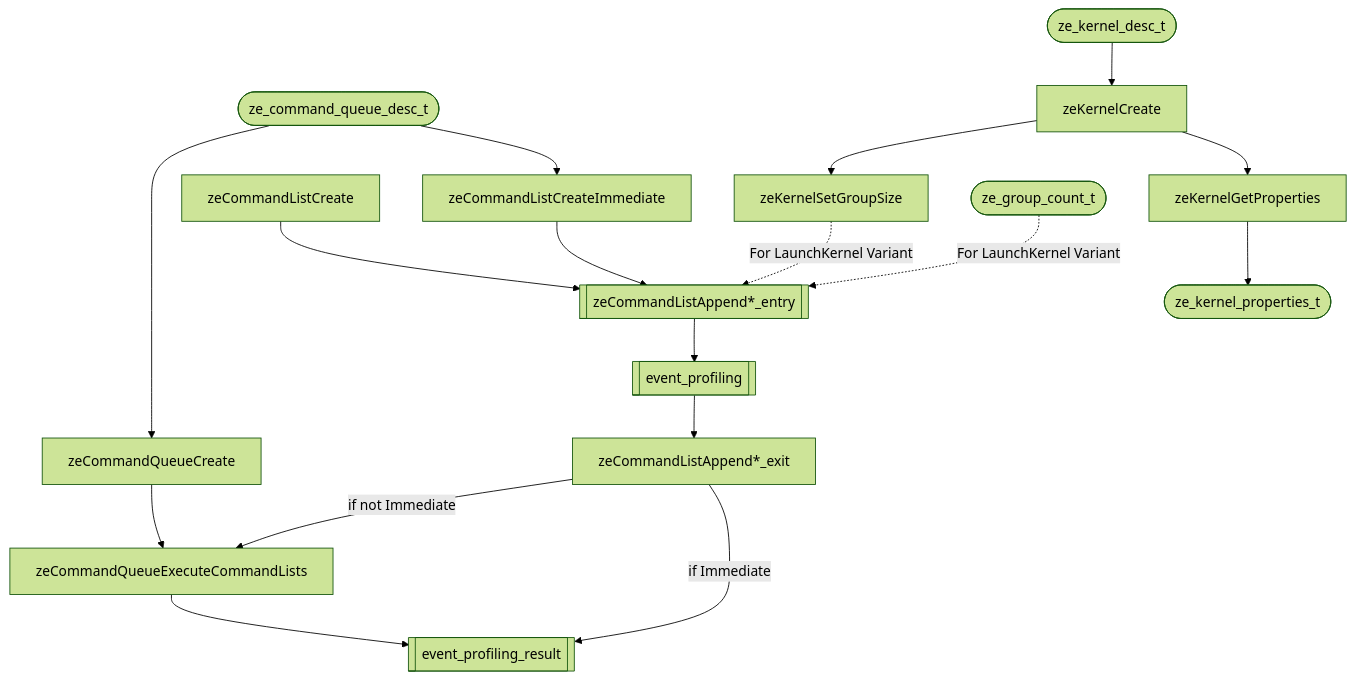
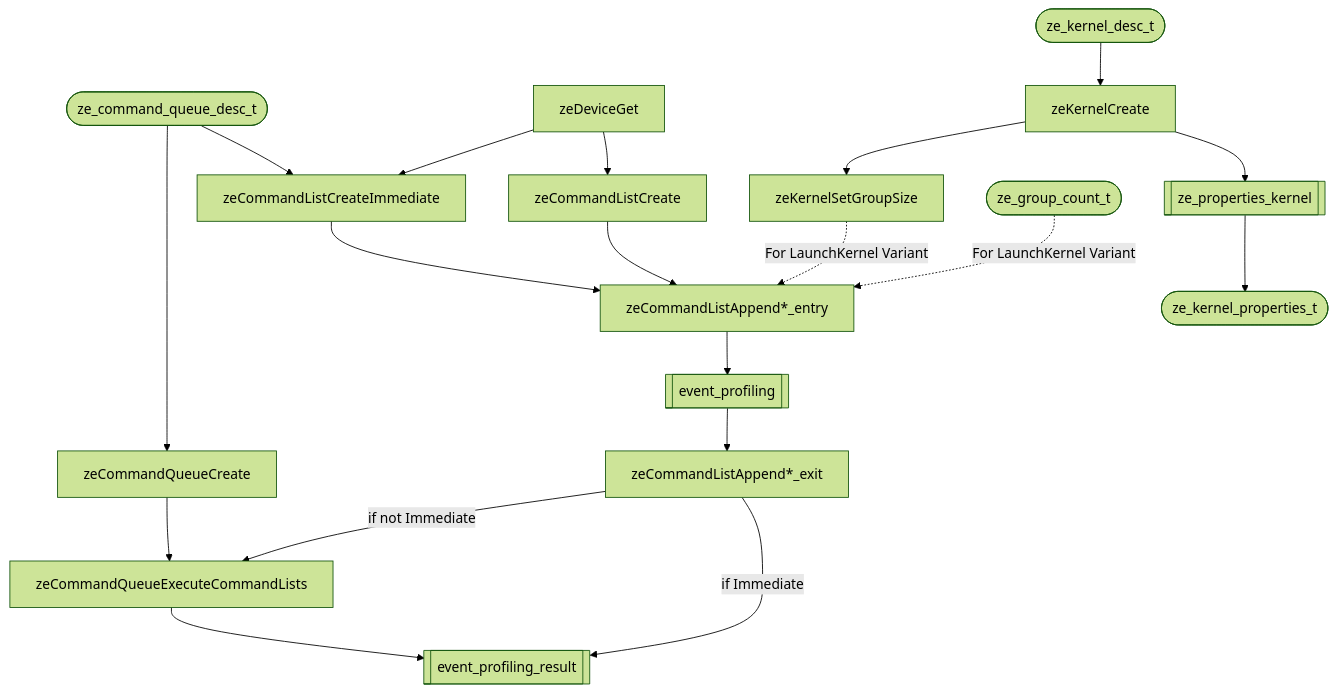
One commit to argonne-lcf/THAPI changed the diagram in ze/doc.md. Above: the diagram before and after it, drawn with Mermaid (forest theme).

````diff
--- a/ze/doc.md
+++ b/ze/doc.md
@@ -3,25 +3,24 @@
 ```mermaid
 graph TD
-
     q([ze_command_queue_desc_t]) 
     ep[[event_profiling]]
     epr[[event_profiling_result]]
-    a[[zeCommandListAppend*_entry]]
-
+    a[zeCommandListAppend*_entry]
+    kp[[ze_properties_kernel]]
+    zeDeviceGet --> zeCommandListCreateImmediate
+    zeDeviceGet --> zeCommandListCreate
     q --> zeCommandQueueCreate
     q --> zeCommandListCreateImmediate
     zeCommandListCreate          --> a
     zeCommandListCreateImmediate --> a
     k([ze_kernel_desc_t]) --> zeKernelCreate
     zeKernelCreate --> zeKernelSetGroupSize -. For LaunchKernel Variant .-> a
-    zeKernelCreate --> zeKernelGetProperties --> p([ze_kernel_properties_t])
+    zeKernelCreate --> kp --> p([ze_kernel_properties_t])
     c([ze_group_count_t]) -. For LaunchKernel Variant .-> a
     a --> ep
     ep --> zeCommandListAppend*_exit
     zeCommandQueueCreate --> zeCommandQueueExecuteCommandLists
-
     zeCommandListAppend*_exit -- if not Immediate --> zeCommandQueueExecuteCommandLists
     zeCommandListAppend*_exit -- if Immediate--> epr
-
-    zeCommandQueueExecuteCommandLists --> epr
+    zeCommandQueueExecuteCommandLists --> epr   
 ```
````
